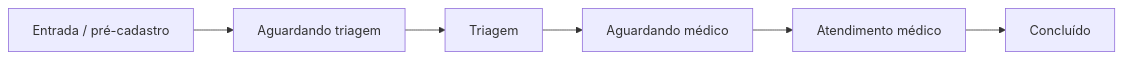
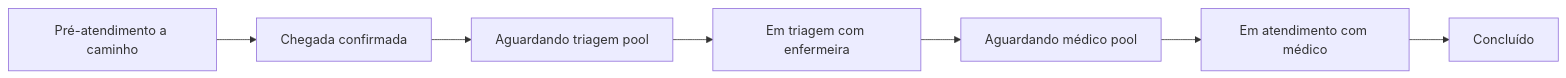
Before and after one commit to RafaelHDSV/MedIT: the diagram in idea.md, drawn with Mermaid. The commit also changed other lines of this file, not shown here.

````diff
--- a/idea.md
+++ b/idea.md
@@ -190,8 +214,9 @@
 ```mermaid
 flowchart LR
-  A[Entrada / pré-cadastro] --> B[Aguardando triagem]
-  B --> C[Triagem]
-  C --> D[Aguardando médico]
-  D --> E[Atendimento médico]
-  E --> F[Concluído]
+  A[Pré-atendimento a caminho] --> B[Chegada confirmada]
+  B --> C[Aguardando triagem pool]
+  C --> D[Em triagem com enfermeira]
+  D --> E[Aguardando médico pool]
+  E --> F[Em atendimento com médico]
+  F --> G[Concluído]
 ```
````
